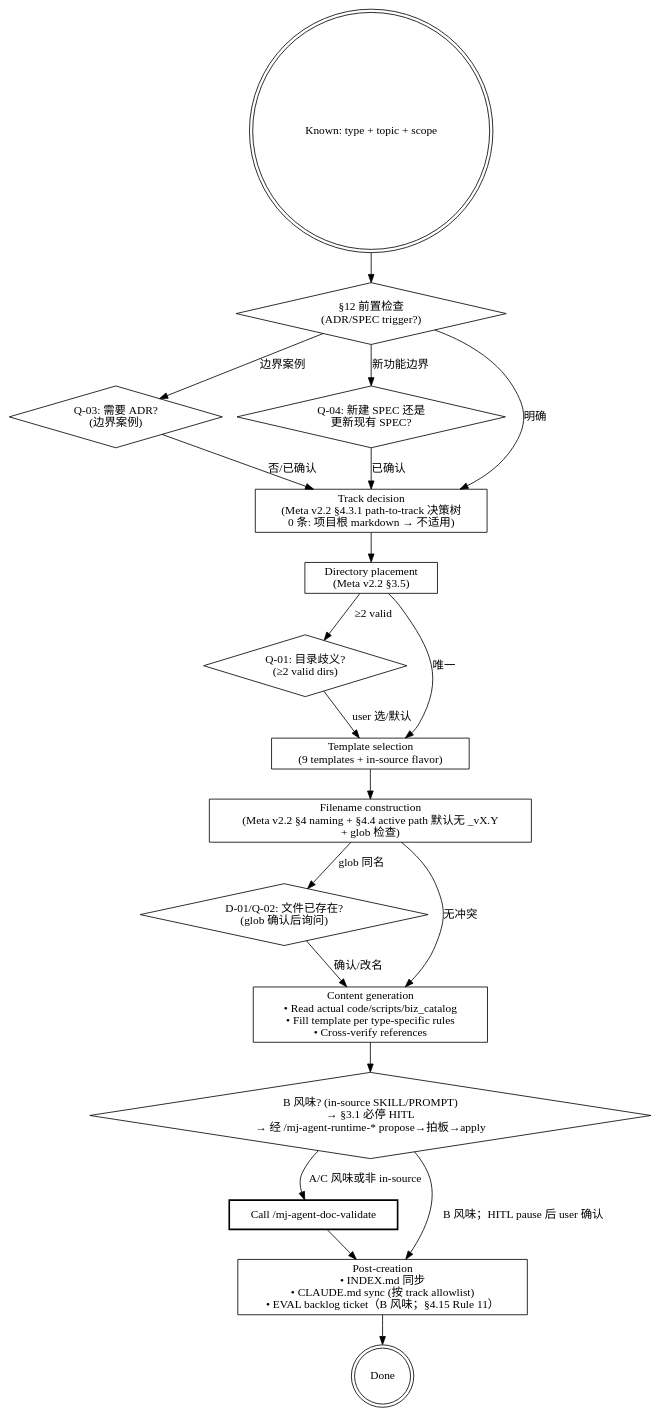
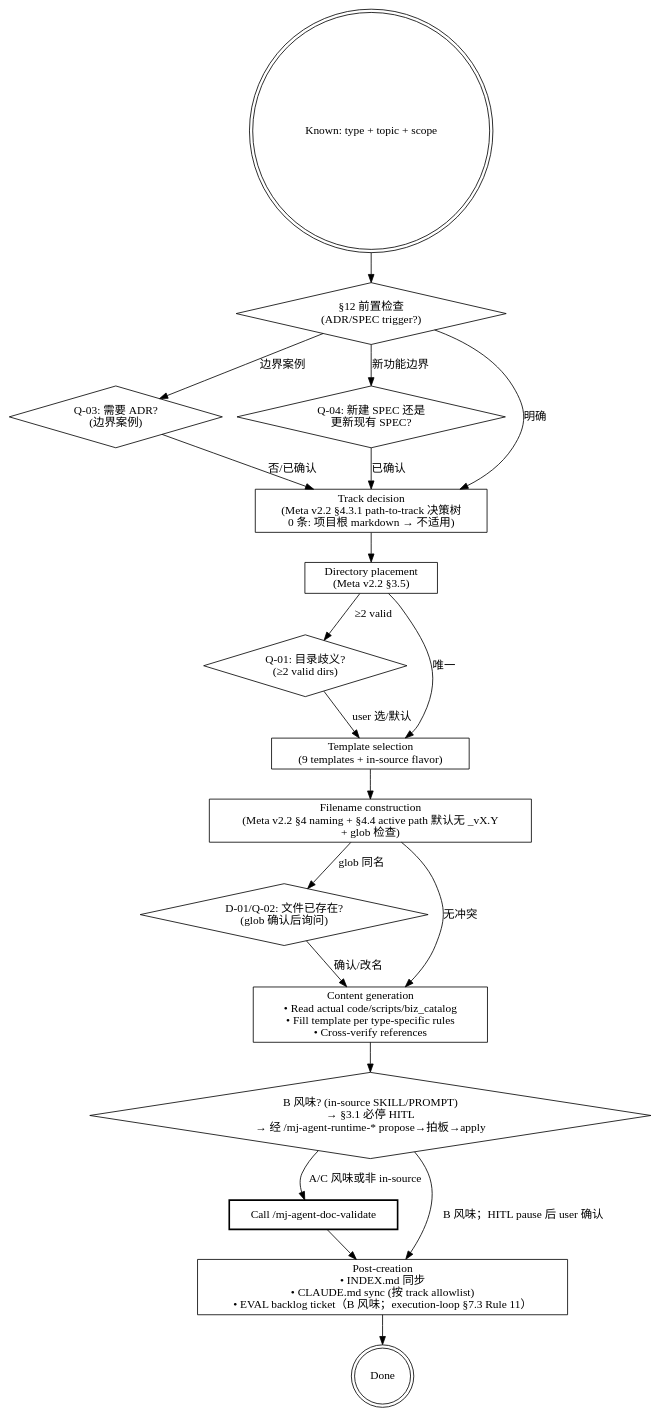
Before and after one commit to MJ-AgentLab/mj-agent: the diagram in .claude/skills/mj-agent-doc-author/SKILL.md, drawn with Graphviz. The commit also changed other lines of this file and 7 other files, not shown here.

````diff
--- a/.claude/skills/mj-agent-doc-author/SKILL.md
+++ b/.claude/skills/mj-agent-doc-author/SKILL.md
@@ -33,53 +33,53 @@
 ```dot
 digraph author {
   rankdir=TB;
   start [label="Known: type + topic + scope" shape=doublecircle];
 
   precheck [label="§12 前置检查\n(ADR/SPEC trigger?)" shape=diamond];
 
   q03 [label="Q-03: 需要 ADR?\n(边界案例)" shape=diamond];
   q04 [label="Q-04: 新建 SPEC 还是\n更新现有 SPEC?" shape=diamond];
 
   track [label="Track decision\n(Meta v2.2 §4.3.1 path-to-track 决策树\n0 条: 项目根 markdown → 不适用)" shape=box];
 
   dir [label="Directory placement\n(Meta v2.2 §3.5)" shape=box];
 
   q01 [label="Q-01: 目录歧义?\n(≥2 valid dirs)" shape=diamond];
 
   template [label="Template selection\n(9 templates + in-source flavor)" shape=box];
 
   filename [label="Filename construction\n(Meta v2.2 §4 naming + §4.4 active path 默认无 _vX.Y\n+ glob 检查)" shape=box];
 
   d01q02 [label="D-01/Q-02: 文件已存在?\n(glob 确认后询问)" shape=diamond];
 
   content [label="Content generation\n• Read actual code/scripts/biz_catalog\n• Fill template per type-specific rules\n• Cross-verify references" shape=box];
 
   hitl_b [label="B 风味? (in-source SKILL/PROMPT)\n→ §3.1 必停 HITL\n→ 经 /mj-agent-runtime-* propose→拍板→apply" shape=diamond];
 
   validate [label="Call /mj-agent-doc-validate" shape=box style=bold];
 
-  post [label="Post-creation\n• INDEX.md 同步\n• CLAUDE.md sync (按 track allowlist)\n• EVAL backlog ticket（B 风味；§4.15 Rule 11）" shape=box];
+  post [label="Post-creation\n• INDEX.md 同步\n• CLAUDE.md sync (按 track allowlist)\n• EVAL backlog ticket（B 风味；execution-loop §7.3 Rule 11）" shape=box];
 
   done [label="Done" shape=doublecircle];
 
   start -> precheck;
   precheck -> q03 [label="边界案例"];
   precheck -> q04 [label="新功能边界"];
   precheck -> track [label="明确"];
   q03 -> track [label="否/已确认"];
   q04 -> track [label="已确认"];
   track -> dir;
   dir -> q01 [label="≥2 valid"];
   dir -> template [label="唯一"];
   q01 -> template [label="user 选/默认"];
   template -> filename;
   filename -> d01q02 [label="glob 同名"];
   filename -> content [label="无冲突"];
   d01q02 -> content [label="确认/改名"];
   content -> hitl_b;
   hitl_b -> validate [label="A/C 风味或非 in-source"];
   hitl_b -> post [label="B 风味；HITL pause 后 user 确认"];
   validate -> post;
   post -> done;
 }
 ```
````
